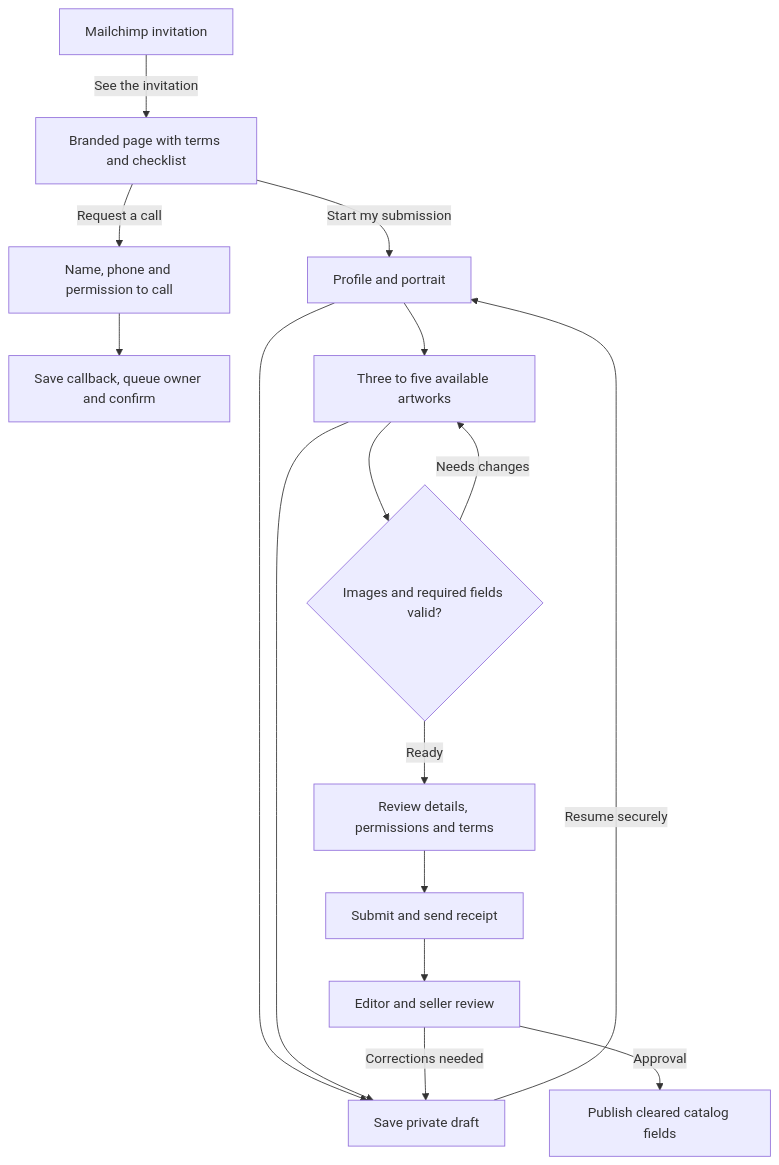
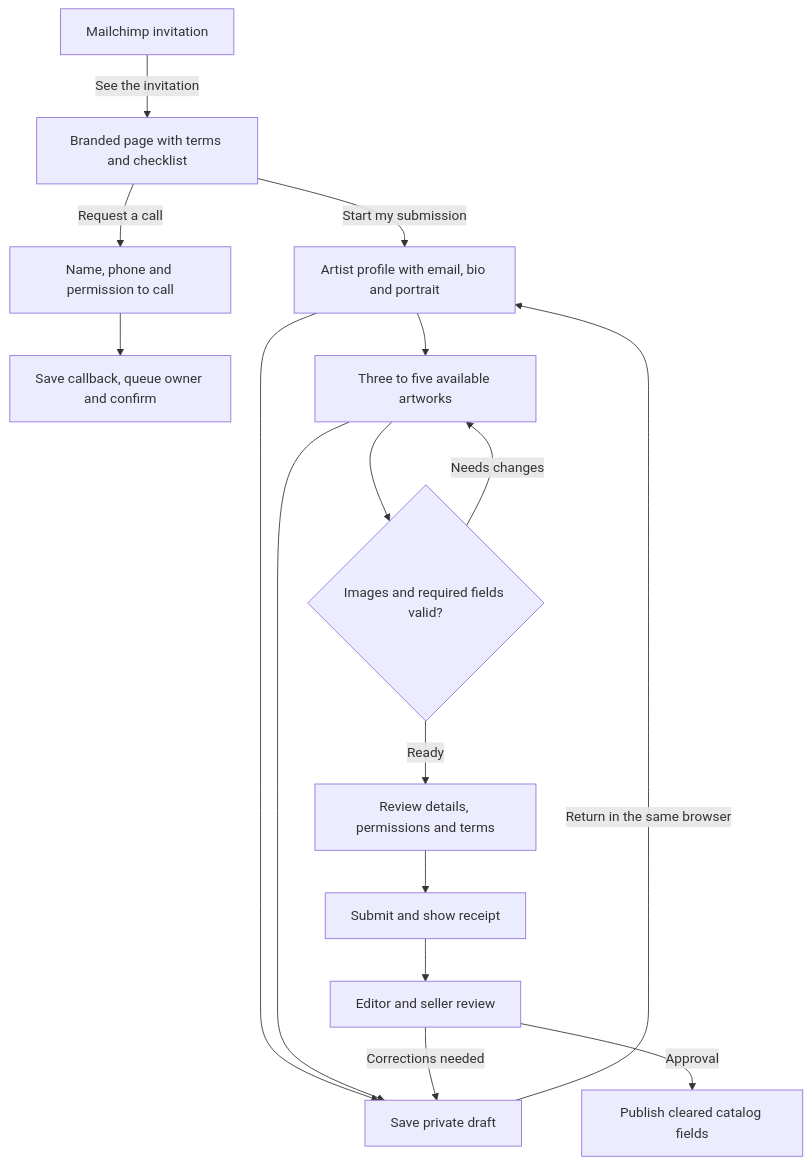
One commit to Suede0619/taosarts changed the diagram in ArtSouthwest/website-spec/12-ARTIST-INVITATION-AND-INTAKE.md. Above: the diagram before and after it, drawn with Mermaid. The commit also changed other lines of this file and 6 other files, not shown here.

````diff
--- a/ArtSouthwest/website-spec/12-ARTIST-INVITATION-AND-INTAKE.md
+++ b/ArtSouthwest/website-spec/12-ARTIST-INVITATION-AND-INTAKE.md
@@ -17,18 +17,18 @@
 ```mermaid
 flowchart TD
     A["Mailchimp invitation"] -->|"See the invitation"| B["Branded page with terms and checklist"]
     B -->|"Request a call"| C["Name, phone and permission to call"]
     C --> D["Save callback, queue owner and confirm"]
-    B -->|"Start my submission"| E["Profile and portrait"]
+    B -->|"Start my submission"| E["Artist profile with email, bio and portrait"]
     E --> F["Three to five available artworks"]
     F --> G{"Images and required fields valid?"}
     G -->|"Needs changes"| F
     G -->|"Ready"| H["Review details, permissions and terms"]
-    H --> I["Submit and send receipt"]
+    H --> I["Submit and show receipt"]
     E --> J["Save private draft"]
     F --> J
-    J -->|"Resume securely"| E
+    J -->|"Return in the same browser"| E
     I --> K["Editor and seller review"]
     K -->|"Corrections needed"| J
     K -->|"Approval"| L["Publish cleared catalog fields"]
 ```
````
